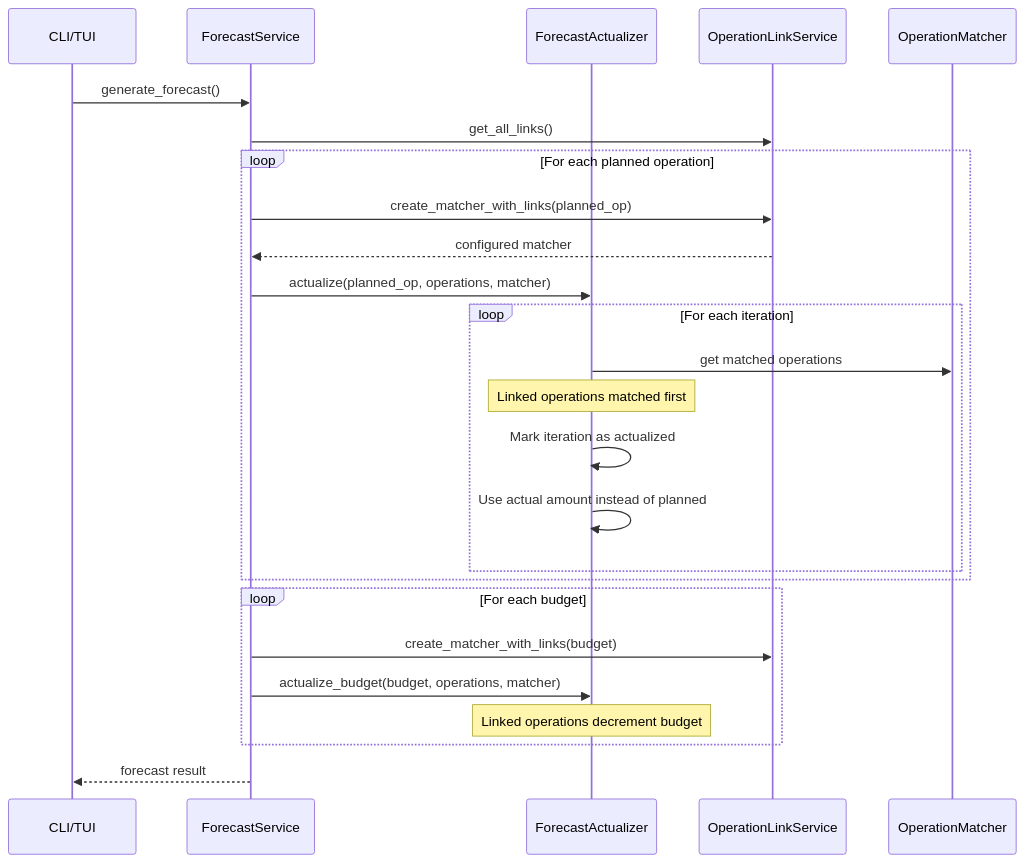
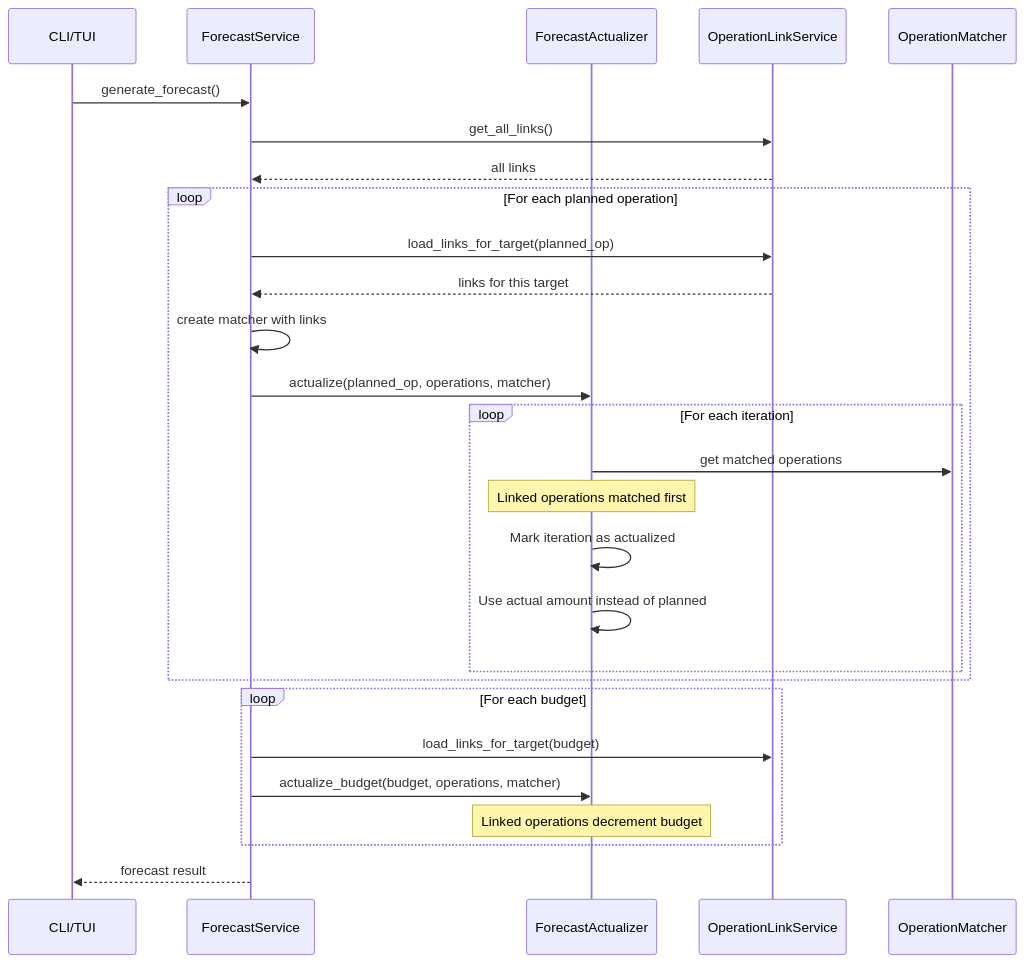
Before and after one commit to corentin-core/budget-forecaster: the seventh of 8 diagrams in docs/dev/operation-links.md, drawn with Mermaid. The commit also changed other lines of this file and 2 other files, not shown here.

Commit message:
refactor: remove unused create_matcher_with_links method

````diff
--- a/docs/dev/operation-links.md
+++ b/docs/dev/operation-links.md
@@ -355,33 +353,35 @@
 ```mermaid
 sequenceDiagram
     participant CLI as CLI/TUI
     participant FS as ForecastService
     participant FA as ForecastActualizer
     participant OLS as OperationLinkService
     participant OM as OperationMatcher
 
     CLI->>FS: generate_forecast()
     FS->>OLS: get_all_links()
+    OLS-->>FS: all links
 
     loop For each planned operation
-        FS->>OLS: create_matcher_with_links(planned_op)
-        OLS-->>FS: configured matcher
+        FS->>OLS: load_links_for_target(planned_op)
+        OLS-->>FS: links for this target
+        FS->>FS: create matcher with links
 
         FS->>FA: actualize(planned_op, operations, matcher)
 
         loop For each iteration
             FA->>OM: get matched operations
             Note over FA: Linked operations matched first
             FA->>FA: Mark iteration as actualized
             FA->>FA: Use actual amount instead of planned
         end
     end
 
     loop For each budget
-        FS->>OLS: create_matcher_with_links(budget)
+        FS->>OLS: load_links_for_target(budget)
         FS->>FA: actualize_budget(budget, operations, matcher)
         Note over FA: Linked operations decrement budget
     end
 
     FS-->>CLI: forecast result
 ```
````
